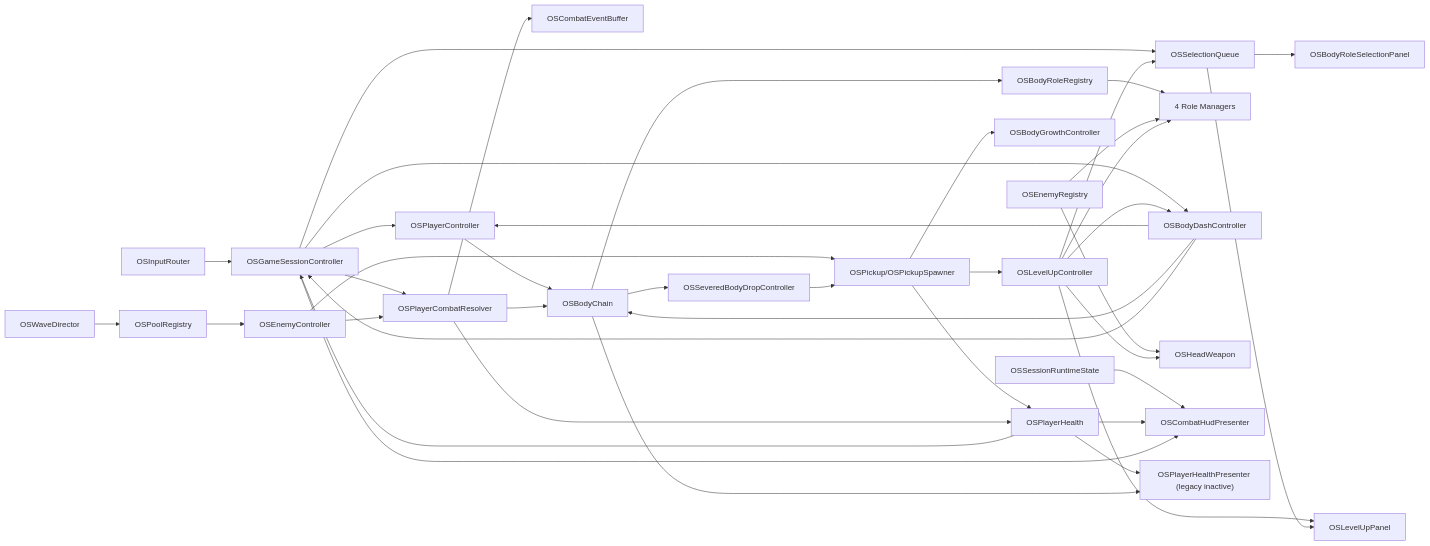
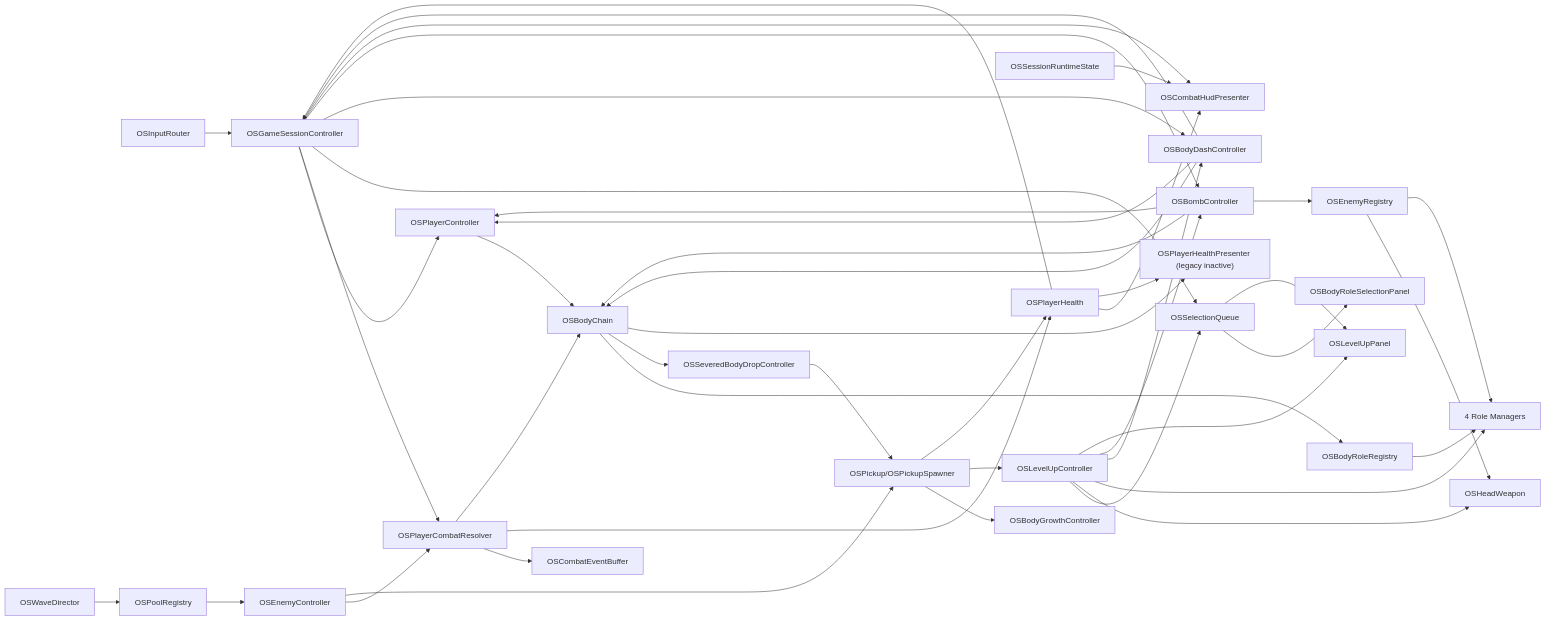
One commit to WackyGameStudio/Ouroboros changed the diagram in docs/OUROBOROS_SWARM_Unity_설계서.md. Above: the diagram before and after it, drawn with Mermaid. The commit also changed other lines of this file and 44 other files, not shown here.

````diff
--- a/docs/OUROBOROS_SWARM_Unity_설계서.md
+++ b/docs/OUROBOROS_SWARM_Unity_설계서.md
@@ -1068,41 +1136,46 @@
 ```mermaid
 flowchart LR
     Input[OSInputRouter] --> Session[OSGameSessionController]
     Session --> Player[OSPlayerController]
     Session --> Resolver[OSPlayerCombatResolver]
     Resolver --> Buffer[OSCombatEventBuffer]
     Session --> Queue[OSSelectionQueue]
     Player --> Chain[OSBodyChain]
     Chain --> RoleRegistry[OSBodyRoleRegistry]
     RoleRegistry --> Roles[4 Role Managers]
     Session --> Dash[OSBodyDashController]
     Dash --> Player
     Dash --> Chain
+    Session --> Bomb[OSBombController]
+    Bomb --> Player
+    Bomb --> Chain
+    Bomb --> Registry
     Registry[OSEnemyRegistry] --> Head[OSHeadWeapon]
     Registry --> Roles
     Wave[OSWaveDirector] --> Pool[OSPoolRegistry]
     Pool --> Enemy[OSEnemyController]
     Enemy --> Resolver
     Enemy --> Pickup[OSPickup/OSPickupSpawner]
     Chain --> Severed[OSSeveredBodyDropController]
     Severed --> Pickup
     Pickup --> Growth[OSBodyGrowthController]
     Pickup --> Level[OSLevelUpController]
     Pickup --> Health
     Level --> Queue
     Level --> Head
     Level --> Roles
     Level --> Dash
+    Level --> Bomb
     Level --> LevelUI
     Resolver --> Health[OSPlayerHealth]
     Resolver --> Chain
     Dash --> Session
     Health --> Session
     Runtime[OSSessionRuntimeState] --> HUD[OSCombatHudPresenter]
     Health --> HUD
     Health --> HealthHUD["OSPlayerHealthPresenter (legacy inactive)"]
     Chain --> HealthHUD
     Session --> HUD
     Queue --> BodyUI[OSBodyRoleSelectionPanel]
     Queue --> LevelUI[OSLevelUpPanel]
 ```
````
